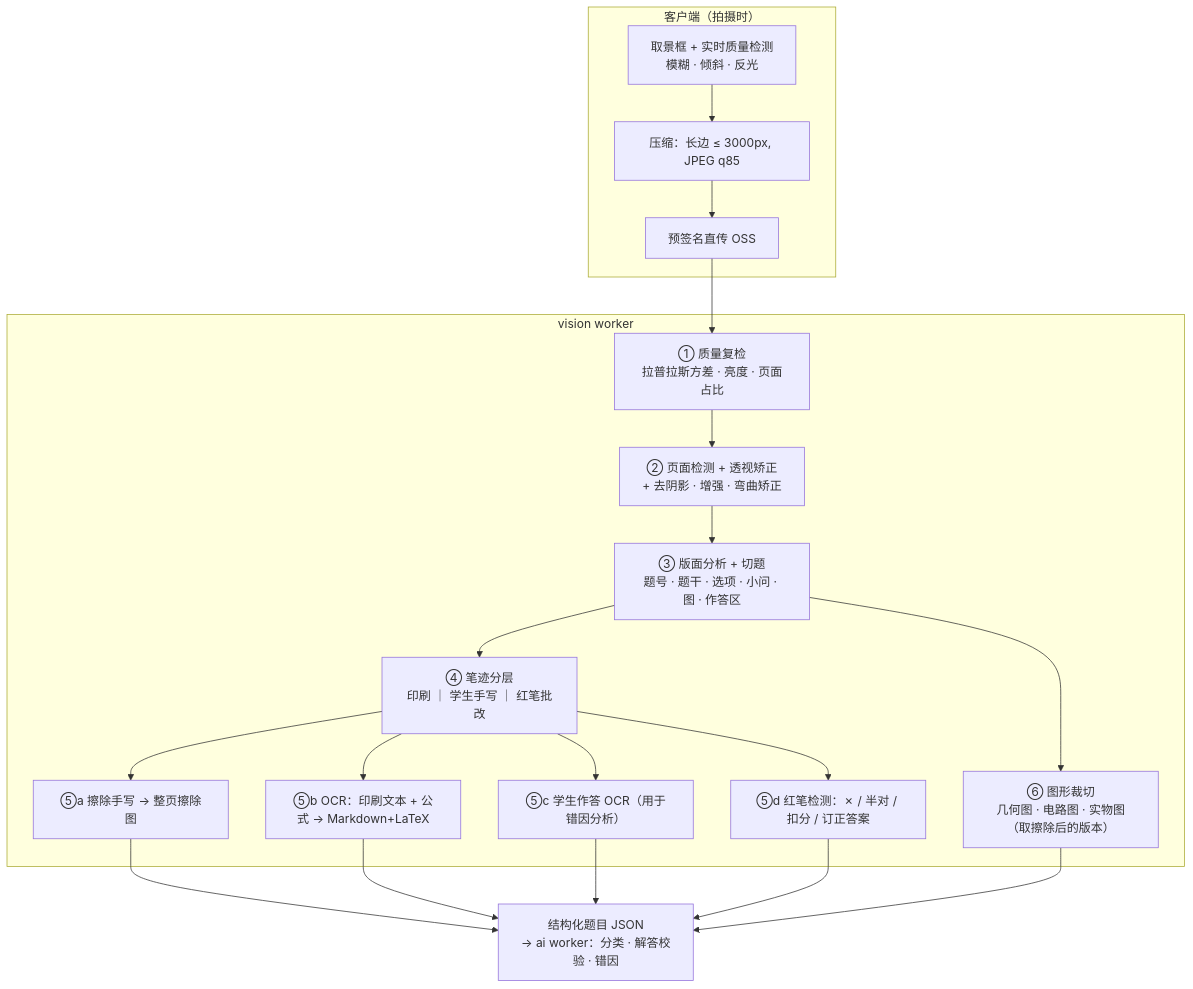
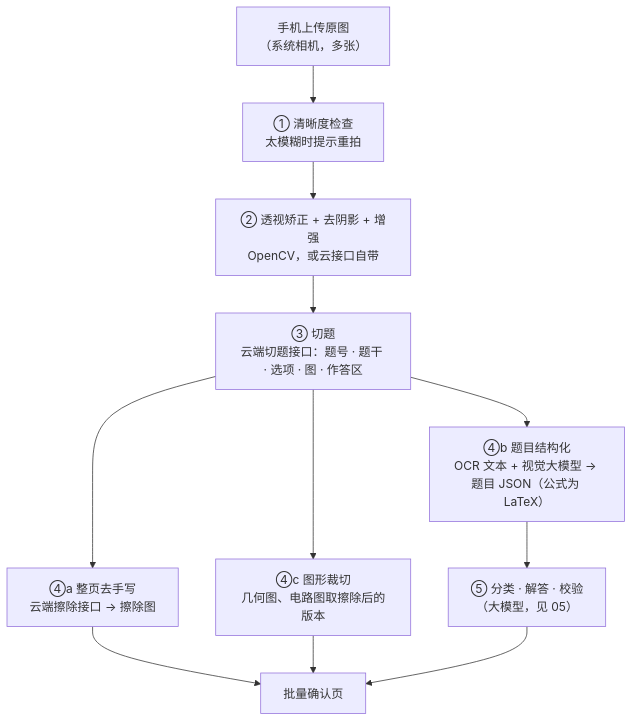
Before and after one commit to tianbao424/Claude-made-stock-bot: the second of 3 diagrams in mistake-mastery/docs/03-system-architecture.md, drawn with Mermaid. The commit also changed other lines of this file and 10 other files, not shown here.

````diff
--- a/mistake-mastery/docs/03-system-architecture.md
+++ b/mistake-mastery/docs/03-system-architecture.md
@@ -111,18 +100,11 @@
 ```mermaid
 flowchart TB
-    subgraph ClientSide["客户端（拍摄时）"]
-        C1[取景框 + 实时质量检测<br/>模糊 · 倾斜 · 反光] --> C2[压缩：长边 ≤ 3000px, JPEG q85] --> C3[预签名直传 OSS]
-    end
-    subgraph VisionWorker["vision worker"]
-        S1["① 质量复检<br/>拉普拉斯方差 · 亮度 · 页面占比"] --> S2["② 页面检测 + 透视矫正<br/>+ 去阴影 · 增强 · 弯曲矫正"]
-        S2 --> S3["③ 版面分析 + 切题<br/>题号 · 题干 · 选项 · 小问 · 图 · 作答区"]
-        S3 --> S4["④ 笔迹分层<br/>印刷 ｜ 学生手写 ｜ 红笔批改"]
-        S4 --> S5a["⑤a 擦除手写 → 整页擦除图"]
-        S4 --> S5b["⑤b OCR：印刷文本 + 公式 → Markdown+LaTeX"]
-        S4 --> S5c["⑤c 学生作答 OCR（用于错因分析）"]
-        S4 --> S5d["⑤d 红笔检测：✗ / 半对 / 扣分 / 订正答案"]
-        S3 --> S6["⑥ 图形裁切<br/>几何图 · 电路图 · 实物图（取擦除后的版本）"]
-    end
-    C3 --> S1
-    S5a & S5b & S5c & S5d & S6 --> OUT["结构化题目 JSON<br/>→ ai worker：分类 · 解答校验 · 错因"]
+    U["手机上传原图<br/>（系统相机，多张）"] --> S1["① 清晰度检查<br/>太模糊时提示重拍"]
+    S1 --> S2["② 透视矫正 + 去阴影 + 增强<br/>OpenCV，或云接口自带"]
+    S2 --> S3["③ 切题<br/>云端切题接口：题号 · 题干 · 选项 · 图 · 作答区"]
+    S3 --> S4a["④a 整页去手写<br/>云端擦除接口 → 擦除图"]
+    S3 --> S4b["④b 题目结构化<br/>OCR 文本 + 视觉大模型 → 题目 JSON（公式为 LaTeX）"]
+    S3 --> S4c["④c 图形裁切<br/>几何图、电路图取擦除后的版本"]
+    S4b --> S5["⑤ 分类 · 解答 · 校验<br/>（大模型，见 05）"]
+    S4a & S4c & S5 --> OUT["批量确认页"]
 ```
````
